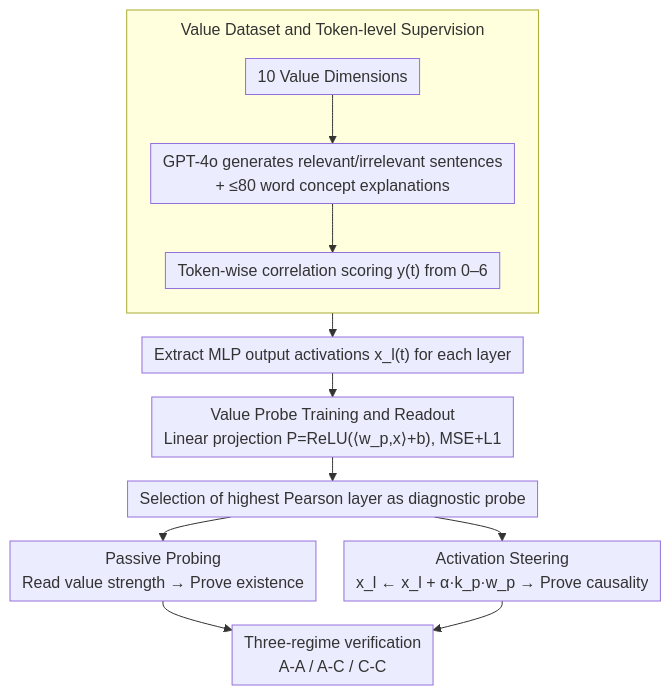
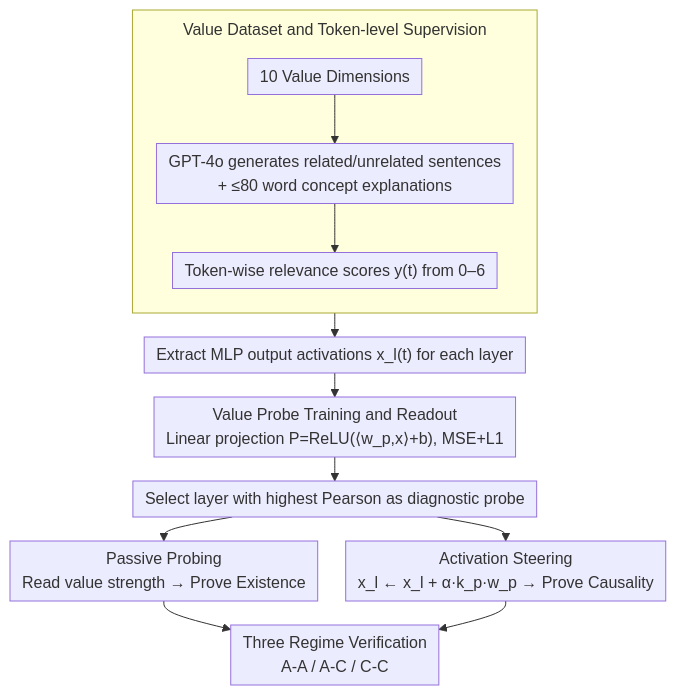
The diagram in docs/ACL2026/llm_alignment/bach-v_bridging_abstract_and_concrete_human-values_in_large_language_models.md (zhaoyang97/Paper-Notes-en), drawn with Mermaid before and after one commit. The commit also changed other lines of this file and 5084 other files, not shown here.

````diff
--- a/docs/ACL2026/llm_alignment/bach-v_bridging_abstract_and_concrete_human-values_in_large_language_models.md
+++ b/docs/ACL2026/llm_alignment/bach-v_bridging_abstract_and_concrete_human-values_in_large_language_models.md
@@ -42,16 +42,16 @@
 ```mermaid
 %%{init: {'flowchart': {'rankSpacing': 24, 'nodeSpacing': 28, 'padding': 6, 'wrappingWidth': 400, 'subGraphTitleMargin': {'top': 8, 'bottom': 16}}}}%%
 flowchart TD
     subgraph DATA["Value Dataset and Token-level Supervision"]
         direction TB
-        A["10 Value Dimensions"] --> B["GPT-4o generates relevant/irrelevant sentences<br/>+ ≤80 word concept explanations"]
-        B --> C["Token-wise correlation scoring y(t) from 0–6"]
+        A["10 Value Dimensions"] --> B["GPT-4o generates related/unrelated sentences<br/>+ ≤80 word concept explanations"]
+        B --> C["Token-wise relevance scores y(t) from 0–6"]
     end
     DATA --> D["Extract MLP output activations x_l(t) for each layer"]
     D --> E["Value Probe Training and Readout<br/>Linear projection P=ReLU(⟨w_p,x⟩+b), MSE+L1"]
-    E --> F["Selection of highest Pearson layer as diagnostic probe"]
-    F --> G["Passive Probing<br/>Read value strength → Prove existence"]
-    F --> H["Activation Steering<br/>x_l ← x_l + α·k_p·w_p → Prove causality"]
-    G --> I["Three-regime verification<br/>A-A / A-C / C-C"]
+    E --> F["Select layer with highest Pearson as diagnostic probe"]
+    F --> G["Passive Probing<br/>Read value strength → Prove Existence"]
+    F --> H["Activation Steering<br/>x_l ← x_l + α·k_p·w_p → Prove Causality"]
+    G --> I["Three Regime Verification<br/>A-A / A-C / C-C"]
     H --> I
 ```
````
